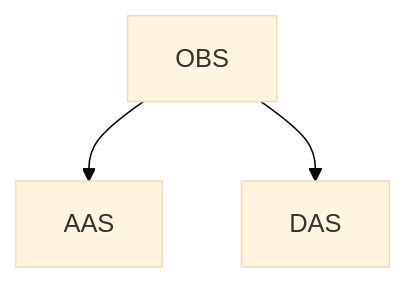
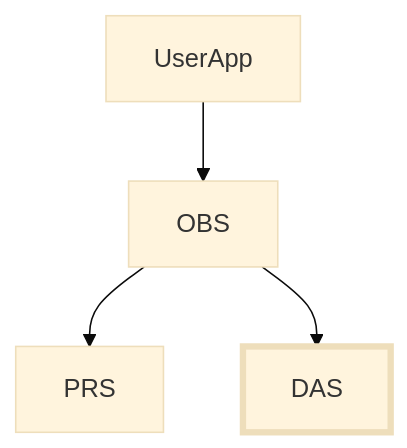
One commit to ADORSYS-GIS/webank-BankAccount changed the first of 16 diagrams in Docs/Architecture_DAS.md. Above: the diagram before and after it, drawn with Mermaid (base theme). The commit also changed other lines of this file, not shown here.

Commit message:
Went two level deeper with the security architecture.

````diff
--- a/Docs/Architecture_DAS.md
+++ b/Docs/Architecture_DAS.md
@@ -41,5 +49,8 @@
 ```mermaid
 graph TD
-    OBS --> AAS
-    OBS --> DAS
+    classDef colored fill:#fff,stroke:#333,stroke-width:2px;
+    classDef highlight stroke-width:4px;
+    UserApp --> OBS
+    OBS --> PRS
+    OBS --> DAS:::highlight 
 ```
````
